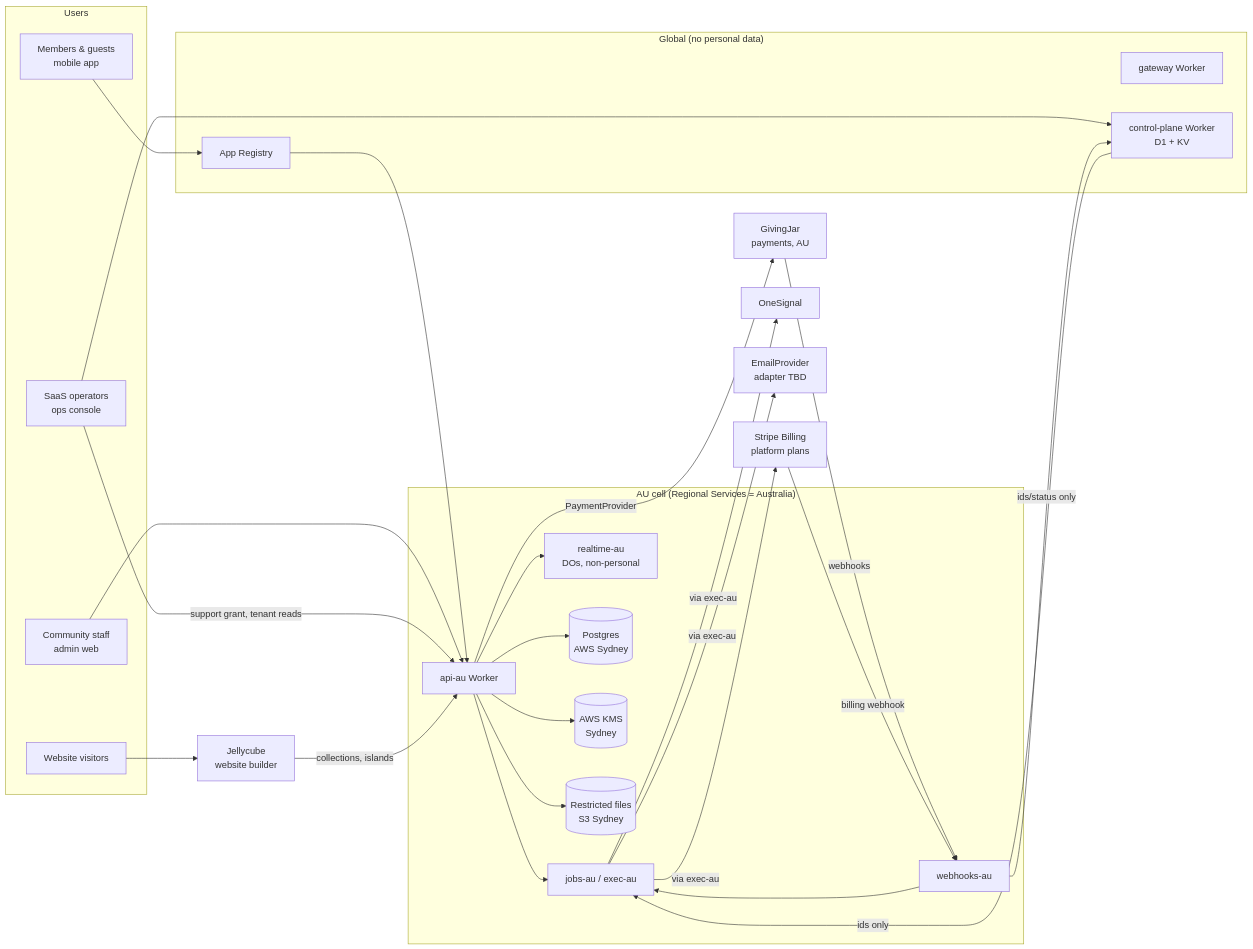
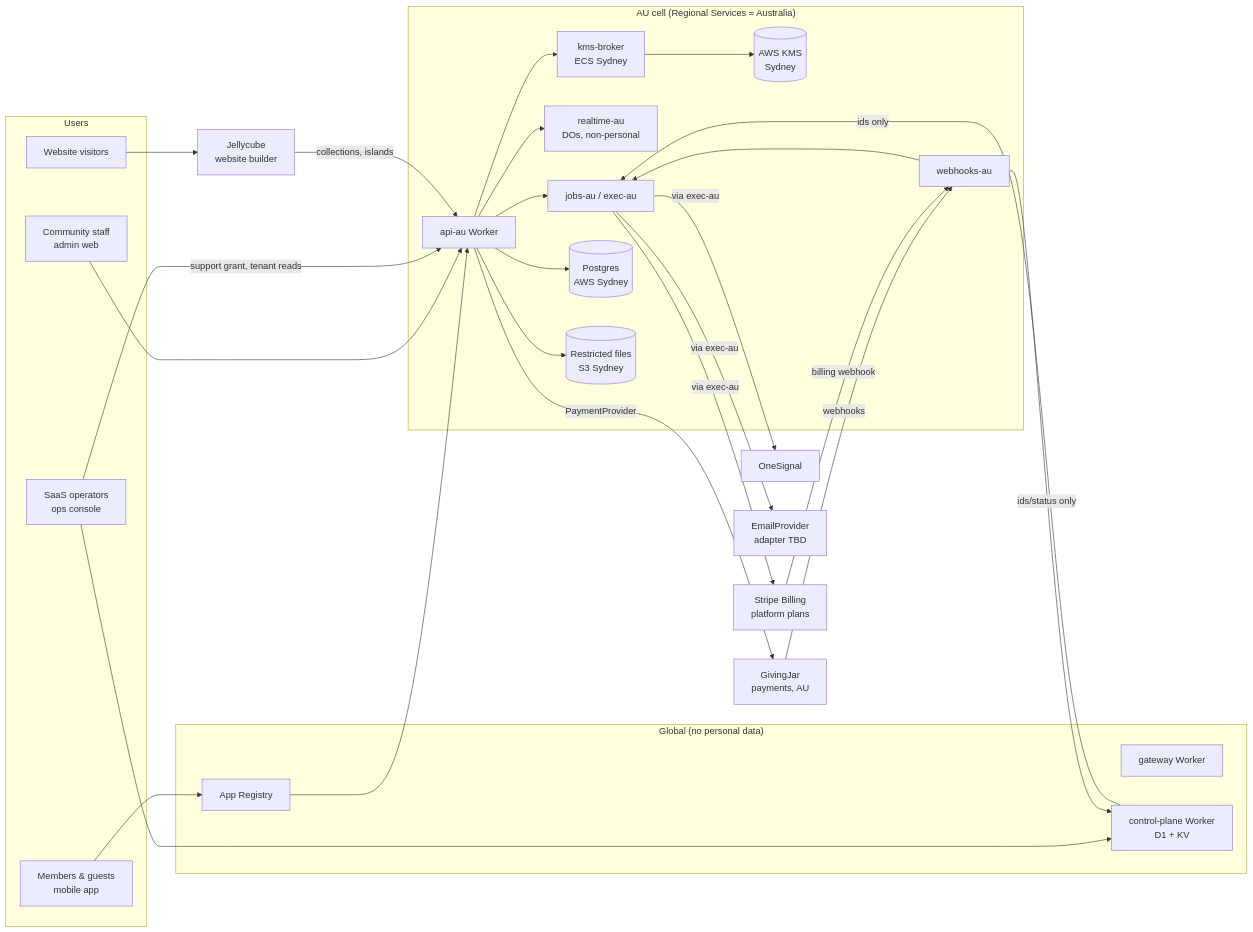
Before and after one commit to taftechnology/community-hub-core: the first of 2 diagrams in architecture.md, drawn with Mermaid. The commit also changed other lines of this file and 3 other files, not shown here.

First line of the commit message:
docs(kms): record the in-cell broker decision

````diff
--- a/architecture.md
+++ b/architecture.md
@@ -132,51 +132,53 @@
 ```mermaid
 flowchart LR
   subgraph Users
     M[Members & guests<br/>mobile app]
     A[Community staff<br/>admin web]
     V[Website visitors]
     S[SaaS operators<br/>ops console]
   end
 
   subgraph Global["Global (no personal data)"]
     GW[gateway Worker]
     CP[control-plane Worker<br/>D1 + KV]
     AR[App Registry]
   end
 
   subgraph AU["AU cell (Regional Services = Australia)"]
     API[api-au Worker]
     JOBS[jobs-au / exec-au]
     WH[webhooks-au]
     RT[realtime-au<br/>DOs, non-personal]
+    BR[kms-broker<br/>ECS Sydney]
     PG[(Postgres<br/>AWS Sydney)]
     KMS[(AWS KMS<br/>Sydney)]
     S3[(Restricted files<br/>S3 Sydney)]
   end
 
   JC[Jellycube<br/>website builder]
   GJ[GivingJar<br/>payments, AU]
   STRIPE[Stripe Billing<br/>platform plans]
   PUSH[OneSignal]
   EMAIL[EmailProvider<br/>adapter TBD]
 
   M --> AR --> API
   A --> API
   S --> CP
   S -->|support grant, tenant reads| API
   V --> JC -->|collections, islands| API
   API --> PG
-  API --> KMS
+  API --> BR
+  BR --> KMS
   API --> S3
   API --> RT
   API --> JOBS
   API -->|PaymentProvider| GJ
   GJ -->|webhooks| WH
   STRIPE -->|billing webhook| WH
   WH --> JOBS
   WH -->|ids/status only| CP
   CP -->|ids only| JOBS
   JOBS -->|via exec-au| STRIPE
   JOBS -->|via exec-au| PUSH
   JOBS -->|via exec-au| EMAIL
 ```
````
